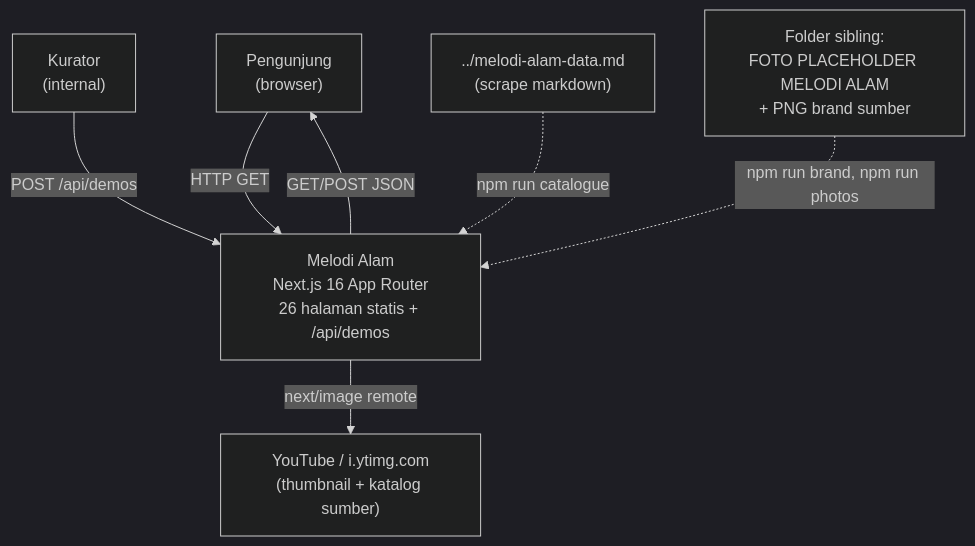
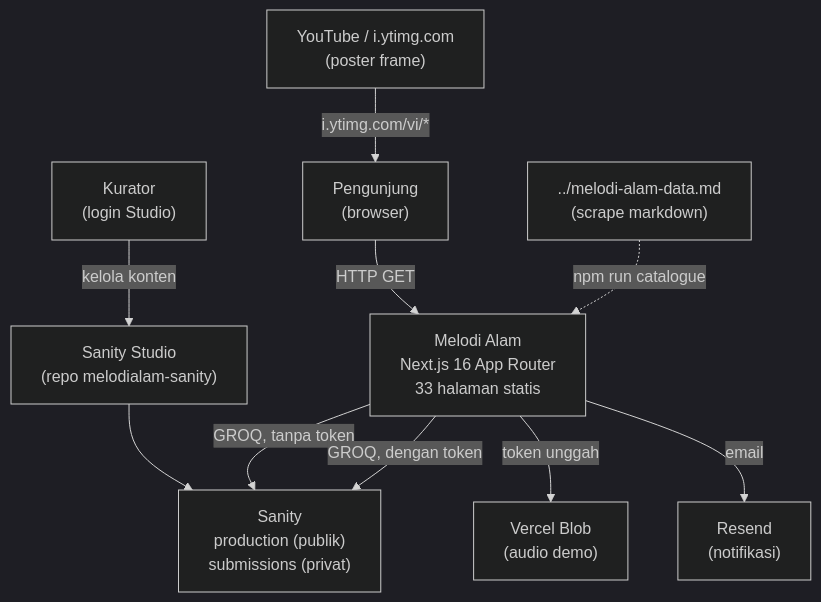
The first of 6 diagrams in docs/ARCHITECTURE.md (albiruby/melodialam-website), drawn with Mermaid (dark theme) before and after one commit. The commit also changed other lines of this file and 23 other files, not shown here.

````diff
--- a/docs/ARCHITECTURE.md
+++ b/docs/ARCHITECTURE.md
@@ -178,16 +223,22 @@
 ```mermaid
 graph TB
   visitor["Pengunjung<br/>(browser)"]
-  curator["Kurator<br/>(internal)"]
-  app["Melodi Alam<br/>Next.js 16 App Router<br/>26 halaman statis + /api/demos"]
-  yt["YouTube / i.ytimg.com<br/>(thumbnail + katalog sumber)"]
+  curator["Kurator<br/>(login Studio)"]
+  app["Melodi Alam<br/>Next.js 16 App Router<br/>33 halaman statis"]
+  sanity["Sanity<br/>production (publik)<br/>submissions (privat)"]
+  studio["Sanity Studio<br/>(repo melodialam-sanity)"]
+  blob["Vercel Blob<br/>(audio demo)"]
+  resend["Resend<br/>(notifikasi)"]
+  yt["YouTube / i.ytimg.com<br/>(poster frame)"]
   scrape["../melodi-alam-data.md<br/>(scrape markdown)"]
-  assets["Folder sibling:<br/>FOTO PLACEHOLDER MELODI ALAM<br/>+ PNG brand sumber"]
 
   visitor -->|"HTTP GET"| app
-  curator -->|"POST /api/demos"| app
-  app -->|"next/image remote"| yt
+  curator -->|"kelola konten"| studio
+  studio --> sanity
+  app -->|"GROQ, tanpa token"| sanity
+  app -->|"GROQ, dengan token"| sanity
+  app -->|"token unggah"| blob
+  app -->|"email"| resend
+  yt -->|"i.ytimg.com/vi/*"| visitor
   scrape -.->|"npm run catalogue"| app
-  assets -.->|"npm run brand, npm run photos"| app
-  app -->|"GET/POST JSON"| visitor
 ```
````
